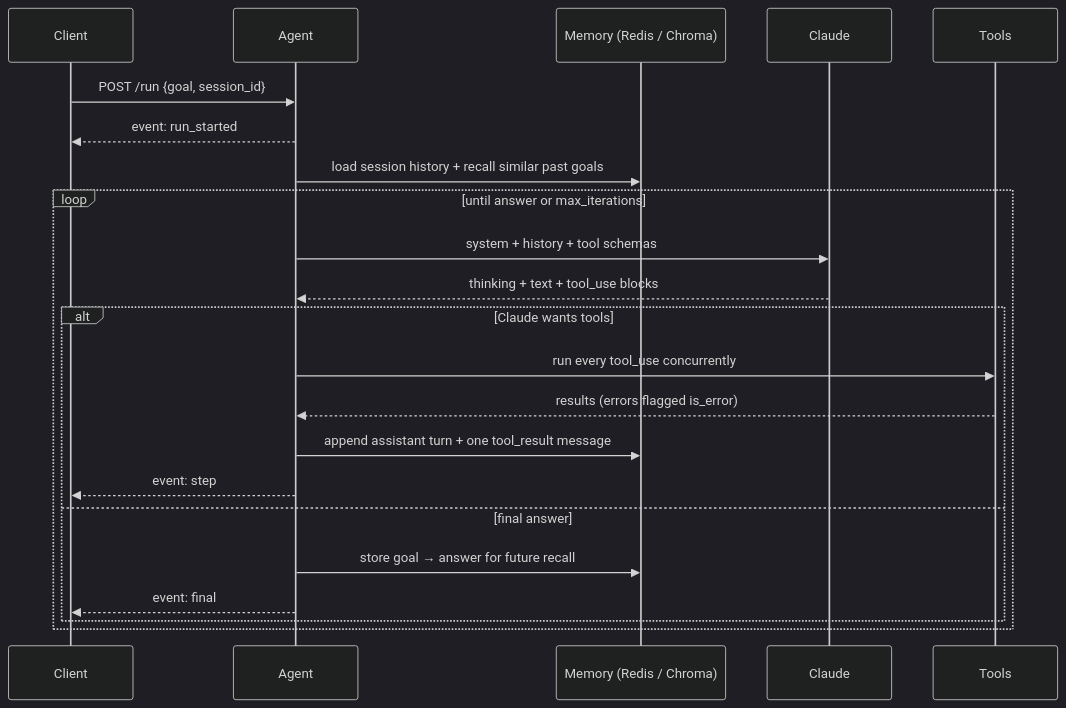
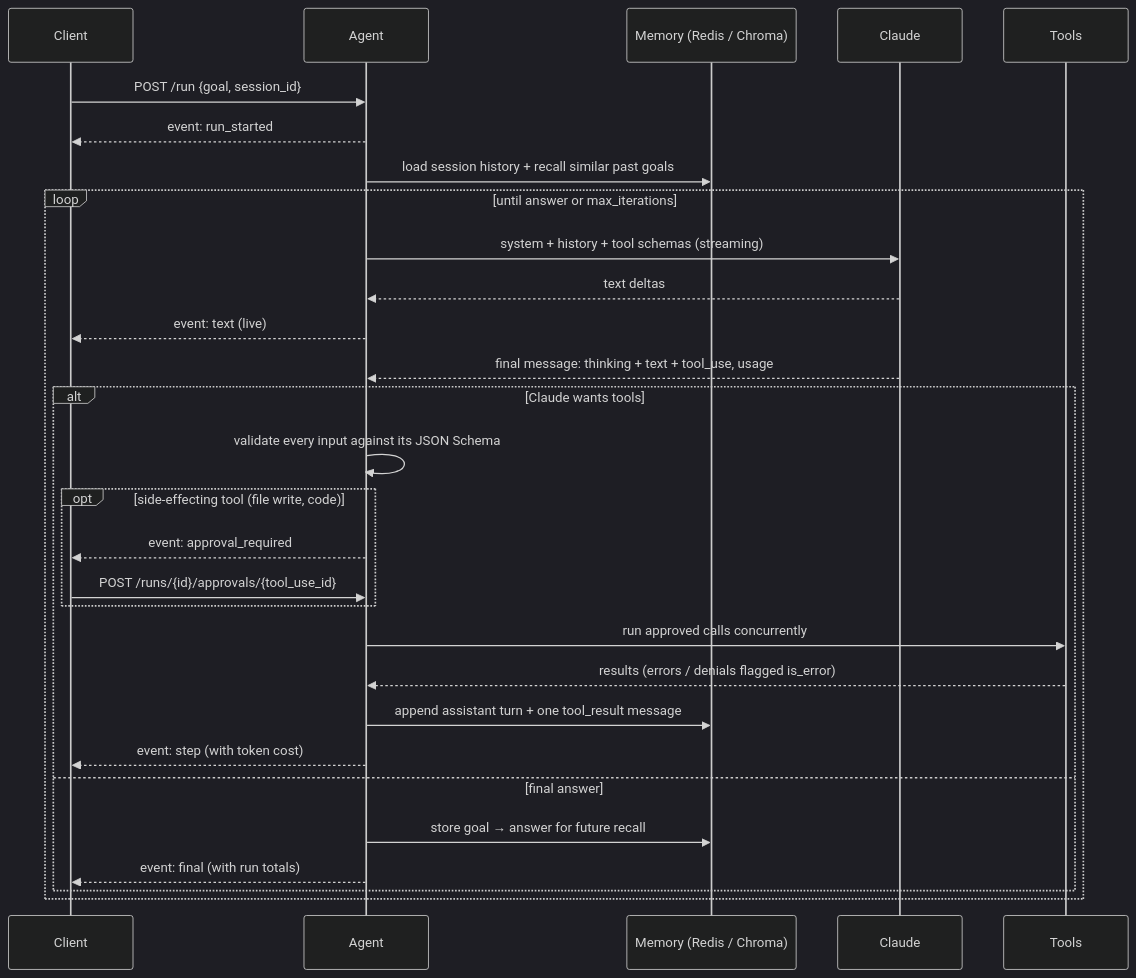
One commit to samandar-hamrayev/ai-agent changed the second of 2 diagrams in README.md. Above: the diagram before and after it, drawn with Mermaid (dark theme). The commit also changed other lines of this file, not shown here.

Commit message:
docs: approvals, streaming, cost accounting, web_fetch and evals

````diff
--- a/README.md
+++ b/README.md
@@ -60,25 +64,32 @@
 ```mermaid
 sequenceDiagram
     participant C as Client
     participant A as Agent
     participant M as Memory (Redis / Chroma)
     participant L as Claude
     participant T as Tools
 
     C->>A: POST /run {goal, session_id}
     A-->>C: event: run_started
     A->>M: load session history + recall similar past goals
     loop until answer or max_iterations
-        A->>L: system + history + tool schemas
-        L-->>A: thinking + text + tool_use blocks
+        A->>L: system + history + tool schemas (streaming)
+        L-->>A: text deltas
+        A-->>C: event: text (live)
+        L-->>A: final message: thinking + text + tool_use, usage
         alt Claude wants tools
-            A->>T: run every tool_use concurrently
-            T-->>A: results (errors flagged is_error)
+            A->>A: validate every input against its JSON Schema
+            opt side-effecting tool (file write, code)
+                A-->>C: event: approval_required
+                C->>A: POST /runs/{id}/approvals/{tool_use_id}
+            end
+            A->>T: run approved calls concurrently
+            T-->>A: results (errors / denials flagged is_error)
             A->>M: append assistant turn + one tool_result message
-            A-->>C: event: step
+            A-->>C: event: step (with token cost)
         else final answer
             A->>M: store goal → answer for future recall
-            A-->>C: event: final
+            A-->>C: event: final (with run totals)
         end
     end
 ```
````
